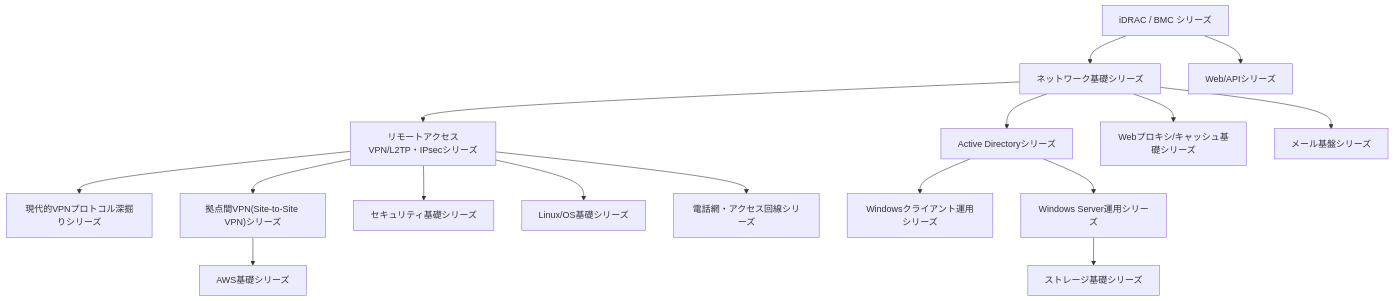
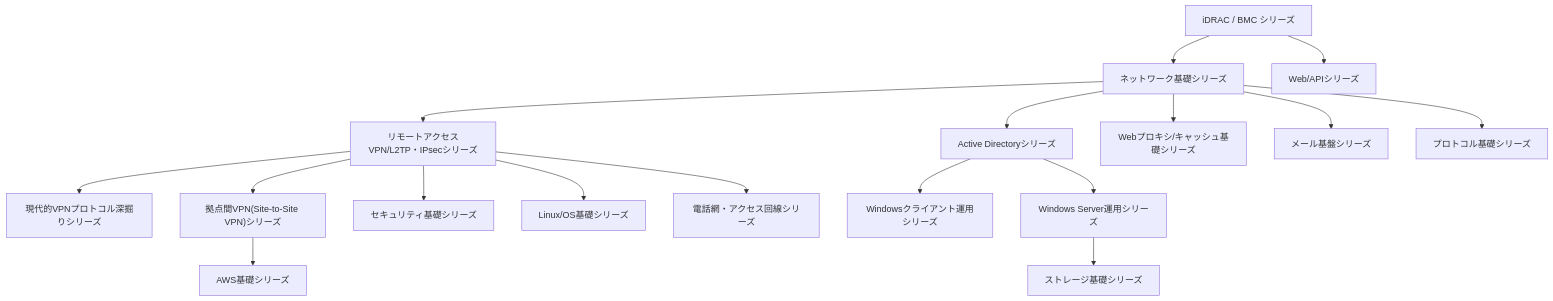
Before and after one commit to koikoi1998/koikoi-blog-20260723: the diagram in src/pages/sitemap.md, drawn with Mermaid. The commit also changed other lines of this file and 11 other files, not shown here.

````diff
--- a/src/pages/sitemap.md
+++ b/src/pages/sitemap.md
@@ -24,35 +24,37 @@
 ```mermaid
 graph TB
     Idrac["iDRAC / BMC シリーズ"]
     Network["ネットワーク基礎シリーズ"]
     Vpn["リモートアクセスVPN/L2TP・IPsecシリーズ"]
     ModernVpn["現代的VPNプロトコル深掘りシリーズ"]
     SiteToSite["拠点間VPN(Site-to-Site VPN)シリーズ"]
     Security["セキュリティ基礎シリーズ"]
     Linux["Linux/OS基礎シリーズ"]
     Telephony["電話網・アクセス回線シリーズ"]
     Api["Web/APIシリーズ"]
     ActiveDirectory["Active Directoryシリーズ"]
     WindowsClient["Windowsクライアント運用シリーズ"]
     WindowsServer["Windows Server運用シリーズ"]
     Storage["ストレージ基礎シリーズ"]
     WebProxy["Webプロキシ/キャッシュ基礎シリーズ"]
     AwsBasics["AWS基礎シリーズ"]
     Messaging["メール基盤シリーズ"]
+    Protocol["プロトコル基礎シリーズ"]
 
     Idrac --> Network
     Idrac --> Api
     Network --> Vpn
     Vpn --> ModernVpn
     Vpn --> SiteToSite
     Vpn --> Security
     Vpn --> Linux
     Vpn --> Telephony
     Network --> ActiveDirectory
     ActiveDirectory --> WindowsClient
     ActiveDirectory --> WindowsServer
     WindowsServer --> Storage
     Network --> WebProxy
     SiteToSite --> AwsBasics
     Network --> Messaging
+    Network --> Protocol
 ```
````
